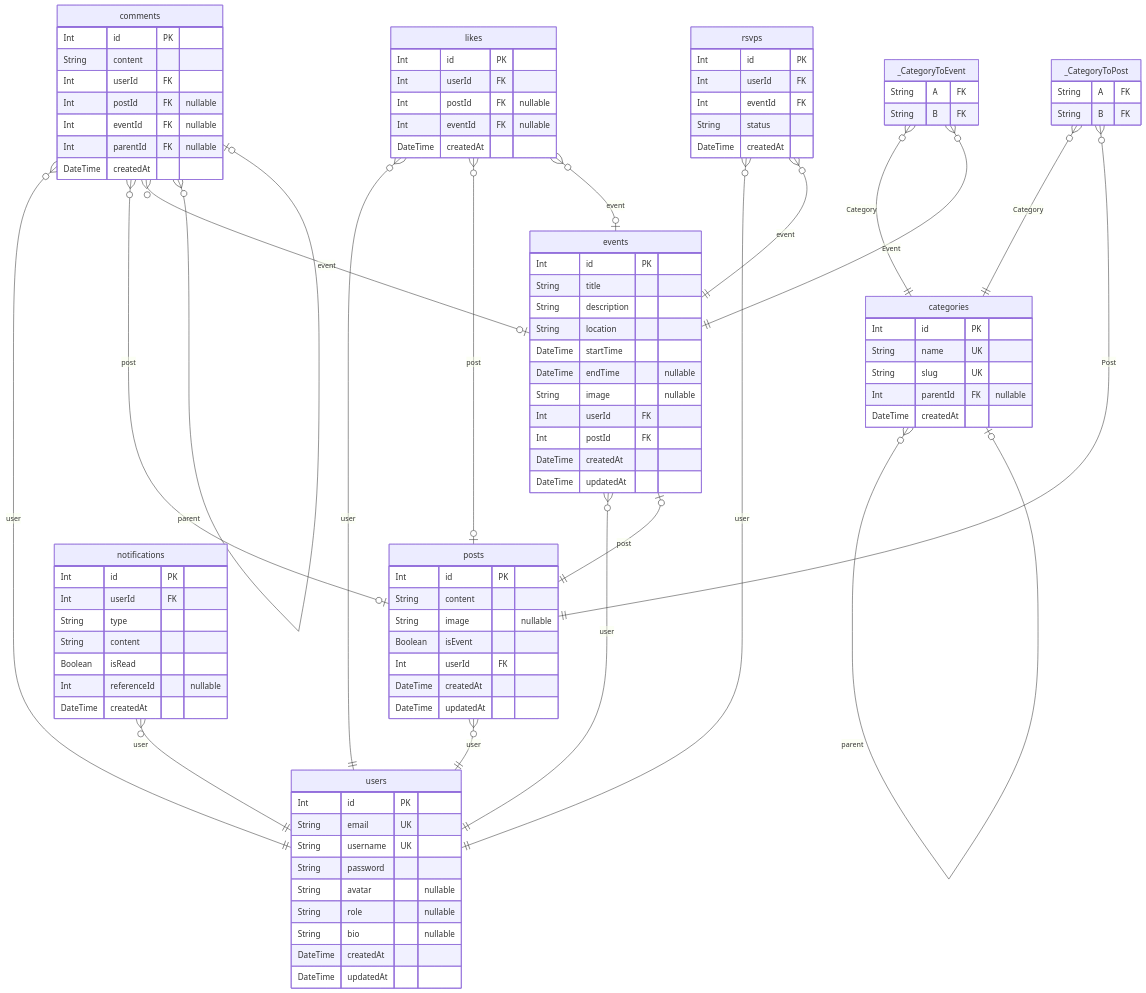
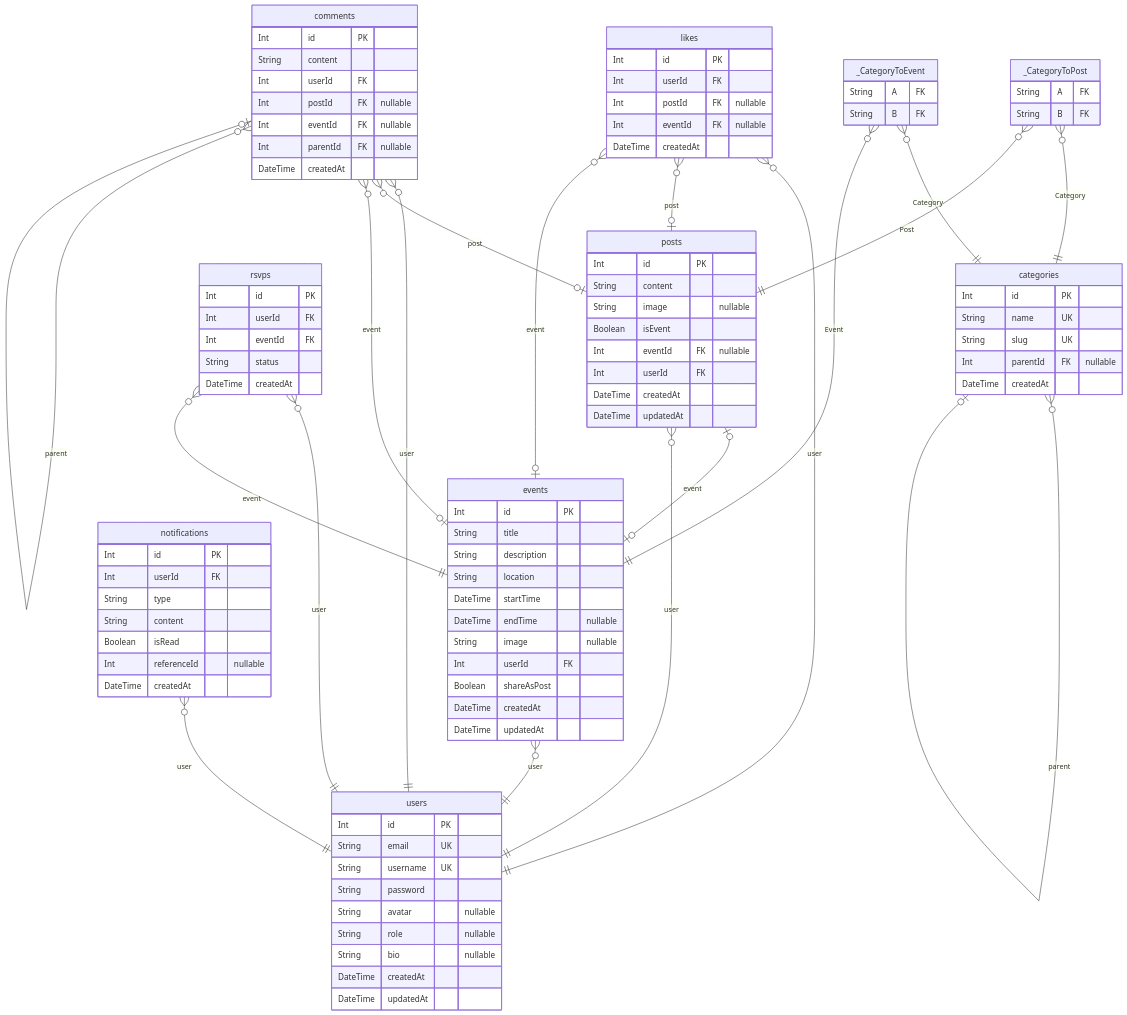
The diagram in prisma/ERD.md (Phastboy/nest-auth), drawn with Mermaid before and after one commit. The commit also changed other lines of this file and 1 other file, not shown here.

Commit message:
update prisma model

```diff
--- a/prisma/ERD.md
+++ b/prisma/ERD.md
@@ -29,6 +29,7 @@
   String content
   String image "nullable"
   Boolean isEvent
+  Int eventId FK "nullable"
   Int userId FK
   DateTime createdAt
   DateTime updatedAt
@@ -42,7 +43,7 @@
   DateTime endTime "nullable"
   String image "nullable"
   Int userId FK
-  Int postId FK
+  Boolean shareAsPost
   DateTime createdAt
   DateTime updatedAt
 }
@@ -87,9 +88,9 @@
   String B FK
 }
 "categories" }o--o| "categories" : parent
+"posts" |o--o| "events" : event
 "posts" }o--|| "users" : user
 "events" }o--|| "users" : user
-"events" |o--|| "posts" : post
 "comments" }o--|| "users" : user
 "comments" }o--o| "posts" : post
 "comments" }o--o| "events" : event
```
